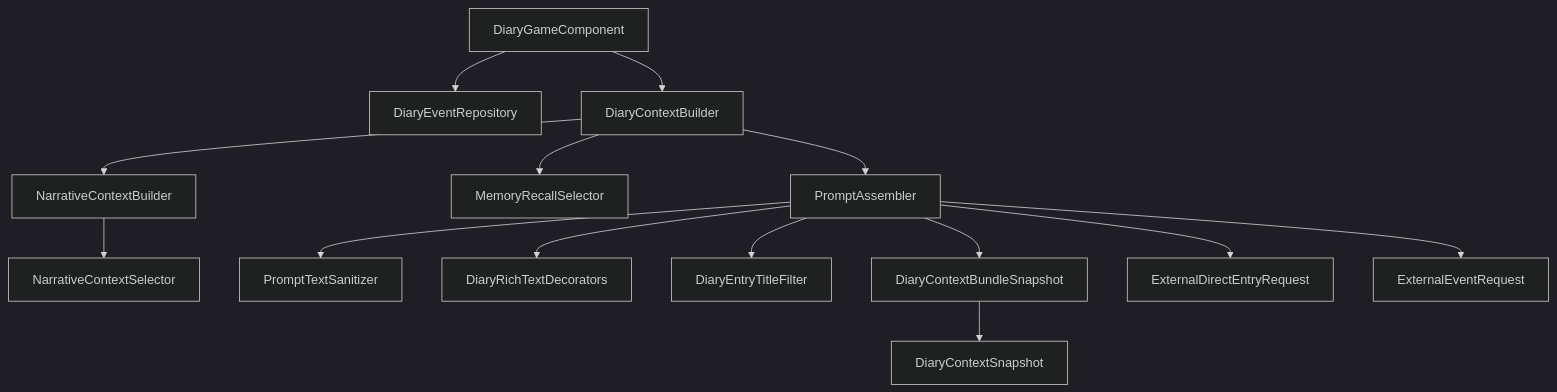
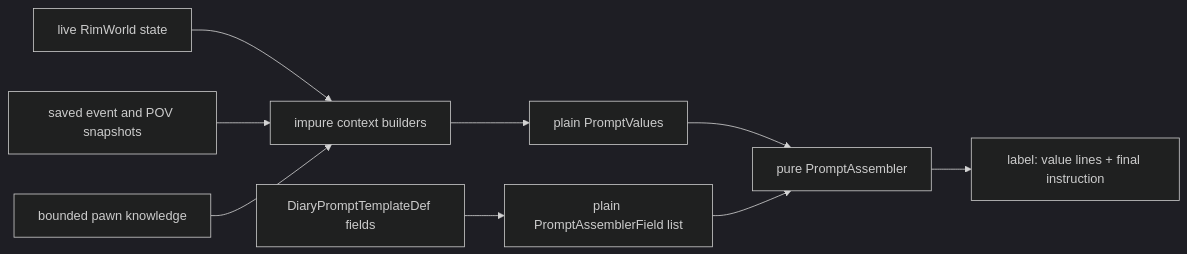
One commit to aimmlegate/PawnDiary changed the diagram in repowiki/en/content/Configuration & Customization/XML Definition System/Prompt Templates/Context Injection & Data Binding.md. Above: the diagram before and after it, drawn with Mermaid (dark theme). The commit also changed other lines of this file and 39 other files, not shown here.

Commit message:
docs: regenerate XML Def wiki reference

````diff
--- a/repowiki/en/content/Configuration & Customization/XML Definition System/Prompt Templates/Context Injection & Data Binding.md
+++ b/repowiki/en/content/Configuration & Customization/XML Definition System/Prompt Templates/Context Injection & Data Binding.md
@@ -409,16 +9,11 @@
 ```mermaid
-graph TB
-DGC["DiaryGameComponent"] --> DER["DiaryEventRepository"]
-DGC --> GCB["DiaryContextBuilder"]
-GCB --> NCB["NarrativeContextBuilder"]
-NCB --> NCS["NarrativeContextSelector"]
-GCB --> MRS["MemoryRecallSelector"]
-GCB --> PAC["PromptAssembler"]
-PAC --> PTS["PromptTextSanitizer"]
-PAC --> DRD["DiaryRichTextDecorators"]
-PAC --> DTDF["DiaryEntryTitleFilter"]
-PAC --> DCBS["DiaryContextBundleSnapshot"]
-DCBS --> DCS["DiaryContextSnapshot"]
-PAC --> EDER["ExternalDirectEntryRequest"]
-PAC --> EER["ExternalEventRequest"]
+flowchart LR
+    Game["live RimWorld state"] --> Builder["impure context builders"]
+    Saved["saved event and POV snapshots"] --> Builder
+    Knowledge["bounded pawn knowledge"] --> Builder
+    Builder --> Values["plain PromptValues"]
+    XML["DiaryPromptTemplateDef fields"] --> Fields["plain PromptAssemblerField list"]
+    Values --> Assembler["pure PromptAssembler"]
+    Fields --> Assembler
+    Assembler --> Prompt["label: value lines + final instruction"]
 ```
````
